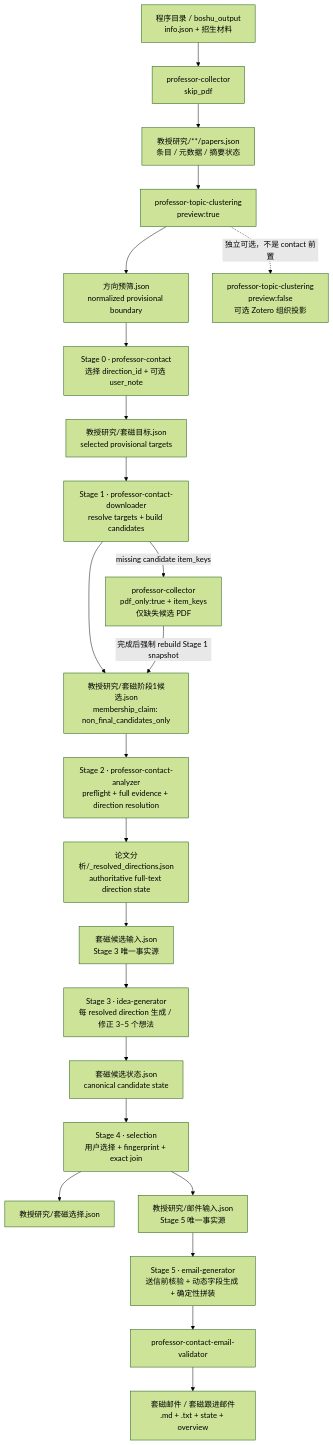
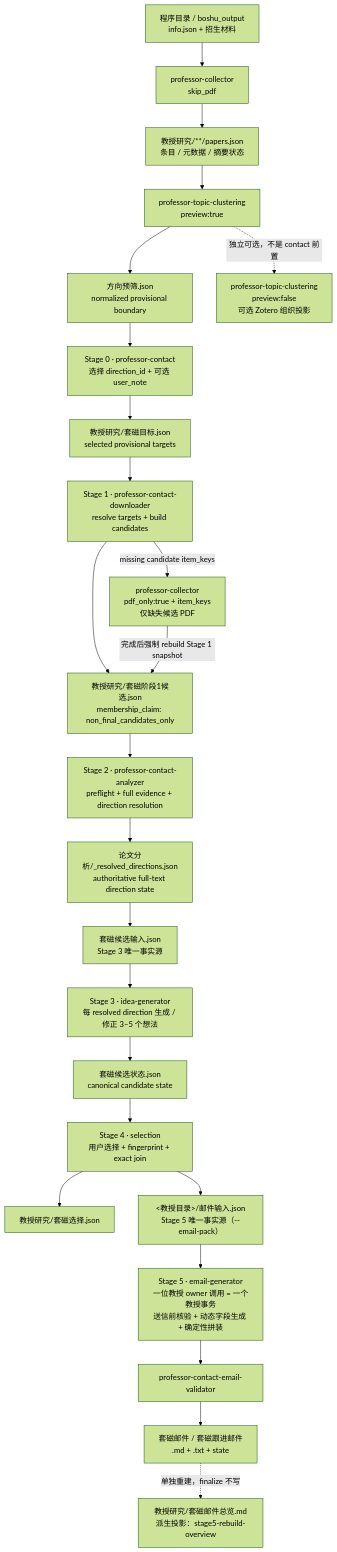
The first of 10 diagrams in .apm/skills/professor-contact/docs/workflow-reference.md (ScholarWorkflow/professor-contact), drawn with Mermaid (forest theme) before and after one commit. The commit also changed other lines of this file and 9 other files, not shown here.

````diff
--- a/.apm/skills/professor-contact/docs/workflow-reference.md
+++ b/.apm/skills/professor-contact/docs/workflow-reference.md
@@ -21,40 +21,42 @@
 ```mermaid
 flowchart TD
     BO["程序目录 / boshu_output<br/>info.json + 招生材料"]
     C0["professor-collector<br/>skip_pdf"]
     PAPERS["教授研究/**/papers.json<br/>条目 / 元数据 / 摘要状态"]
     PRE["professor-topic-clustering<br/>preview:true"]
     PJ["方向预筛.json<br/>normalized provisional boundary"]
 
     S0["Stage 0 · professor-contact<br/>选择 direction_id + 可选 user_note"]
     TARGET["教授研究/套磁目标.json<br/>selected provisional targets"]
 
     S1["Stage 1 · professor-contact-downloader<br/>resolve targets + build candidates"]
     CAND["教授研究/套磁阶段1候选.json<br/>membership_claim: non_final_candidates_only"]
     FILL["professor-collector<br/>pdf_only:true + item_keys<br/>仅缺失候选 PDF"]
 
     S2["Stage 2 · professor-contact-analyzer<br/>preflight + full evidence + direction resolution"]
     RD["论文分析/_resolved_directions.json<br/>authoritative full-text direction state"]
     INPUT["套磁候选输入.json<br/>Stage 3 唯一事实源"]
 
     S3["Stage 3 · idea-generator<br/>每 resolved direction 生成 / 修正 3–5 个想法"]
     STATE3["套磁候选状态.json<br/>canonical candidate state"]
 
     S4["Stage 4 · selection<br/>用户选择 + fingerprint + exact join"]
     SEL["教授研究/套磁选择.json"]
-    MAIL["教授研究/邮件输入.json<br/>Stage 5 唯一事实源"]
+    MAIL["<教授目录>/邮件输入.json<br/>Stage 5 唯一事实源（--email-pack）"]
 
-    S5["Stage 5 · email-generator<br/>送信前核验 + 动态字段生成 + 确定性拼装"]
+    S5["Stage 5 · email-generator<br/>一位教授 owner 调用 = 一个教授事务<br/>送信前核验 + 动态字段生成 + 确定性拼装"]
     VAL["professor-contact-email-validator"]
-    OUT["套磁邮件 / 套磁跟进邮件<br/>.md + .txt + state + overview"]
+    OUT["套磁邮件 / 套磁跟进邮件<br/>.md + .txt + state"]
+    OV["教授研究/套磁邮件总览.md<br/>派生投影：stage5-rebuild-overview"]
 
     FORMAL["professor-topic-clustering<br/>preview:false<br/>可选 Zotero 组织投影"]
 
     BO --> C0 --> PAPERS --> PRE --> PJ --> S0 --> TARGET --> S1 --> CAND
     S1 -->|"missing candidate item_keys"| FILL
     FILL -->|"完成后强制 rebuild Stage 1 snapshot"| CAND
     CAND --> S2 --> RD --> INPUT --> S3 --> STATE3 --> S4
     S4 --> SEL
     S4 --> MAIL --> S5 --> VAL --> OUT
+    OUT -.->|"单独重建，finalize 不写"| OV
     PRE -.->|"独立可选，不是 contact 前置"| FORMAL
 ```
````
